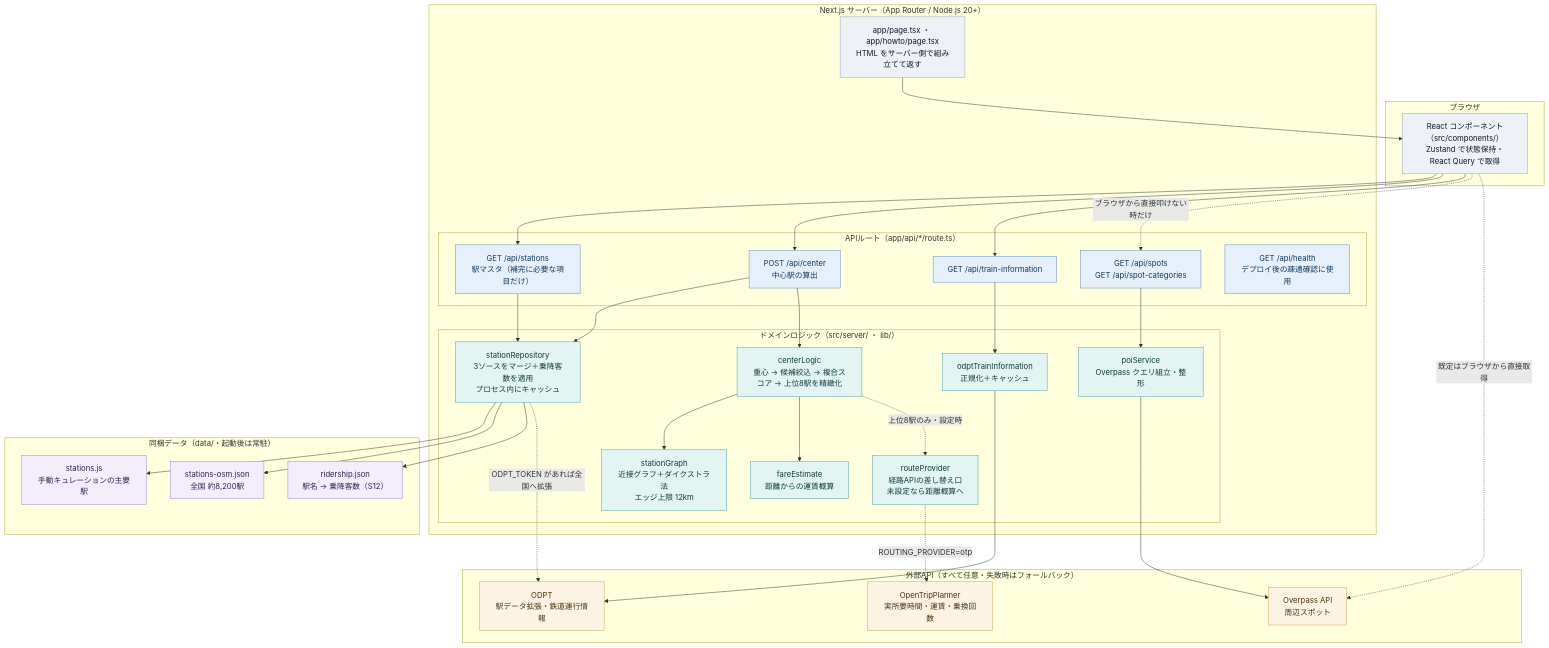
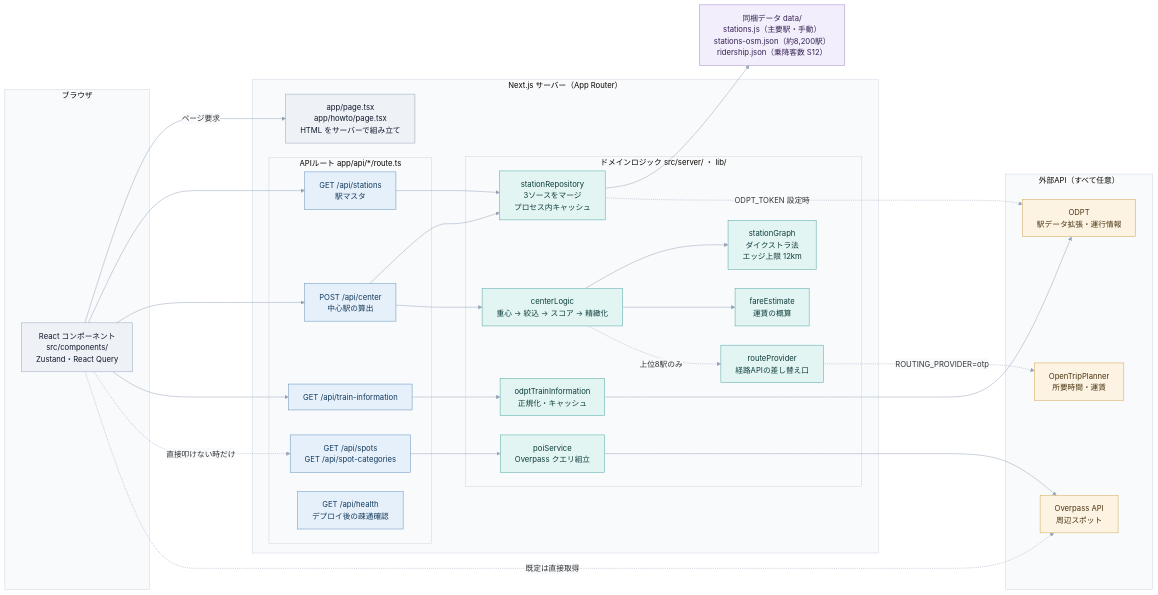
Before and after one commit to HR0101/EkiHub: the first of 2 diagrams in README.md, drawn with Mermaid. The commit also changed other lines of this file, not shown here.

Commit message:
docs: READMEの構成図を調整

````diff
--- a/README.md
+++ b/README.md
@@ -69,78 +70,74 @@
 ```mermaid
-flowchart TB
+%%{init: {"theme":"base","themeVariables":{"textColor":"#1f2937","lineColor":"#94a3b8","clusterBkg":"#f8fafc","clusterBorder":"#cbd5e1","edgeLabelBackground":"#f8fafc"},"flowchart":{"curve":"basis","wrappingWidth":400,"nodeSpacing":40,"rankSpacing":70}}}%%
+flowchart LR
   subgraph B["ブラウザ"]
-    UI["React コンポーネント（src/components/）<br/>Zustand で状態保持・React Query で取得"]
+    UI["React コンポーネント<br/>src/components/<br/>Zustand・React Query"]
   end
 
-  subgraph SV["Next.js サーバー（App Router / Node.js 20+）"]
-    PG["app/page.tsx ・ app/howto/page.tsx<br/>HTML をサーバー側で組み立てて返す"]
+  subgraph SV["Next.js サーバー（App Router）"]
+    PG["app/page.tsx<br/>app/howto/page.tsx<br/>HTML をサーバーで組み立て"]
 
-    subgraph RT["APIルート（app/api/*/route.ts）"]
-      R1["GET /api/stations<br/>駅マスタ（補完に必要な項目だけ）"]
+    subgraph RT["APIルート app/api/*/route.ts"]
+      R1["GET /api/stations<br/>駅マスタ"]
       R2["POST /api/center<br/>中心駅の算出"]
       R3["GET /api/spots<br/>GET /api/spot-categories"]
       R4["GET /api/train-information"]
-      R5["GET /api/health<br/>デプロイ後の疎通確認に使用"]
+      R5["GET /api/health<br/>デプロイ後の疎通確認"]
     end
 
-    subgraph LG["ドメインロジック（src/server/ ・ lib/）"]
-      REPO["stationRepository<br/>3ソースをマージ＋乗降客数を適用<br/>プロセス内にキャッシュ"]
-      CTR["centerLogic<br/>重心 → 候補絞込 → 複合スコア → 上位8駅を精緻化"]
-      GRF["stationGraph<br/>近接グラフ＋ダイクストラ法<br/>エッジ上限 12km"]
-      FRE["fareEstimate<br/>距離からの運賃概算"]
-      RPV["routeProvider<br/>経路APIの差し替え口<br/>未設定なら距離概算へ"]
-      POI["poiService<br/>Overpass クエリ組立・整形"]
-      ODP["odptTrainInformation<br/>正規化＋キャッシュ"]
+    subgraph LG["ドメインロジック src/server/ ・ lib/"]
+      REPO["stationRepository<br/>3ソースをマージ<br/>プロセス内キャッシュ"]
+      CTR["centerLogic<br/>重心 → 絞込 → スコア → 精緻化"]
+      GRF["stationGraph<br/>ダイクストラ法<br/>エッジ上限 12km"]
+      FRE["fareEstimate<br/>運賃の概算"]
+      RPV["routeProvider<br/>経路APIの差し替え口"]
+      POI["poiService<br/>Overpass クエリ組立"]
+      ODP["odptTrainInformation<br/>正規化・キャッシュ"]
     end
   end
 
-  subgraph DT["同梱データ（data/・起動後は常駐）"]
-    D1["stations.js<br/>手動キュレーションの主要駅"]
-    D2["stations-osm.json<br/>全国 約8,200駅"]
-    D3["ridership.json<br/>駅名 → 乗降客数（S12）"]
+  D["同梱データ data/<br/>stations.js（主要駅・手動）<br/>stations-osm.json（約8,200駅）<br/>ridership.json（乗降客数 S12）"]
+
+  subgraph EX["外部API（すべて任意）"]
+    E1["ODPT<br/>駅データ拡張・運行情報"]
+    E2["Overpass API<br/>周辺スポット"]
+    E3["OpenTripPlanner<br/>所要時間・運賃"]
   end
 
-  subgraph EX["外部API（すべて任意・失敗時はフォールバック）"]
-    E1["ODPT<br/>駅データ拡張・鉄道運行情報"]
-    E2["Overpass API<br/>周辺スポット"]
-    E3["OpenTripPlanner<br/>実所要時間・運賃・乗換回数"]
-  end
-
-  PG --> UI
+  UI -- "ページ要求" --> PG
   UI --> R1
   UI --> R2
   UI --> R4
-  UI -. "ブラウザから直接叩けない時だけ" .-> R3
-  UI -. "既定はブラウザから直接取得" .-> E2
+  UI -. "直接叩けない時だけ" .-> R3
+  UI -. "既定は直接取得" .-> E2
 
   R1 --> REPO
   R2 --> REPO
   R2 --> CTR
   R3 --> POI
   R4 --> ODP
 
   CTR --> GRF
   CTR --> FRE
-  CTR -. "上位8駅のみ・設定時" .-> RPV
+  CTR -. "上位8駅のみ" .-> RPV
 
-  REPO --> D1
-  REPO --> D2
-  REPO --> D3
-  REPO -. "ODPT_TOKEN があれば全国へ拡張" .-> E1
+  REPO --> D
+  REPO -. "ODPT_TOKEN 設定時" .-> E1
 
   POI --> E2
   ODP --> E1
   RPV -. "ROUTING_PROVIDER=otp" .-> E3
 
   classDef client fill:#eef2f7,stroke:#94a3b8,color:#0f172a
   classDef route fill:#e6f0fb,stroke:#5b8db8,color:#123a5c
   classDef logic fill:#e3f5f3,stroke:#4aa3a0,color:#0d3d3b
   classDef data fill:#f3eefb,stroke:#9b83c9,color:#332154
   classDef ext fill:#fdf3e3,stroke:#d0a24c,color:#4a3410
+  classDef ci fill:#fbeef4,stroke:#c98bab,color:#4a1730
 
   class UI,PG client
   class R1,R2,R3,R4,R5 route
   class REPO,CTR,GRF,FRE,RPV,POI,ODP logic
-  class D1,D2,D3 data
+  class D data
   class E1,E2,E3 ext
 ```
````
